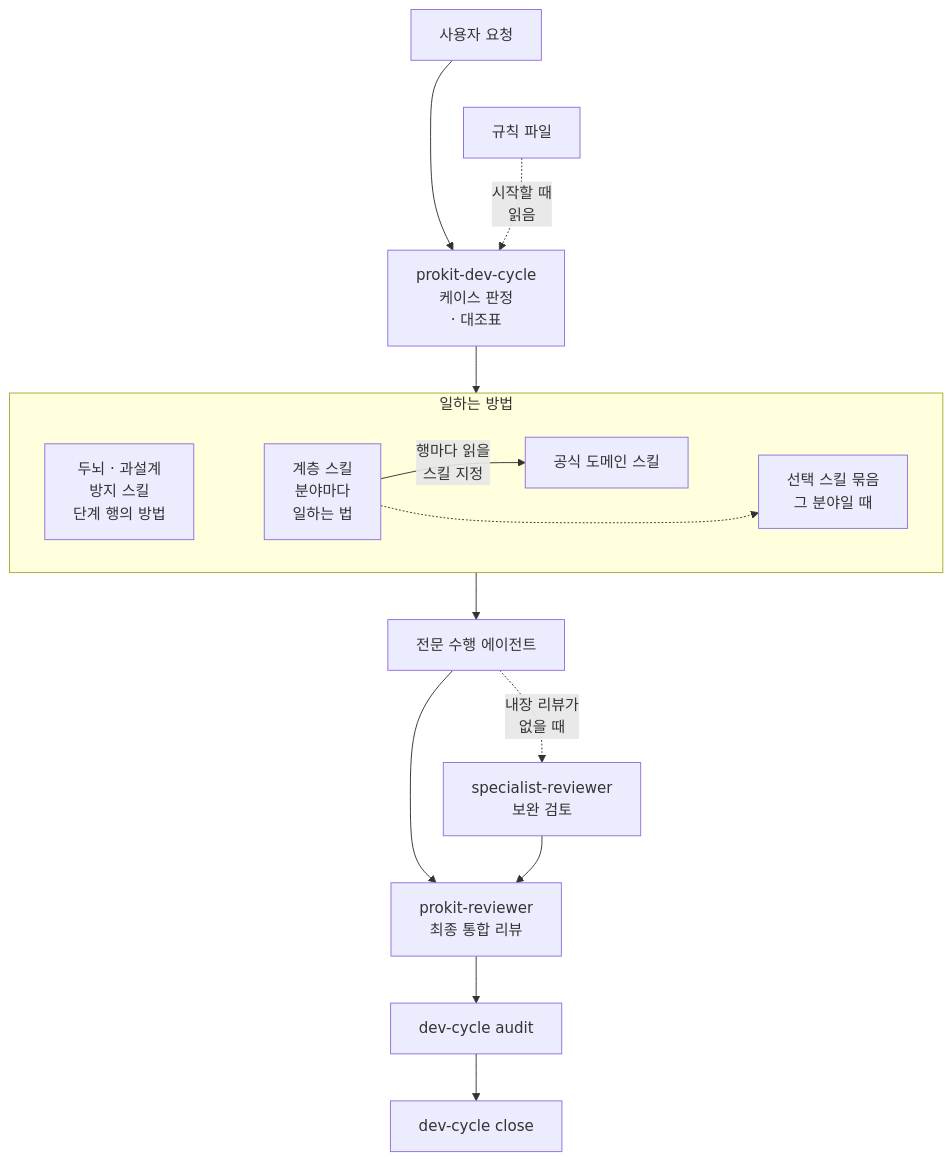
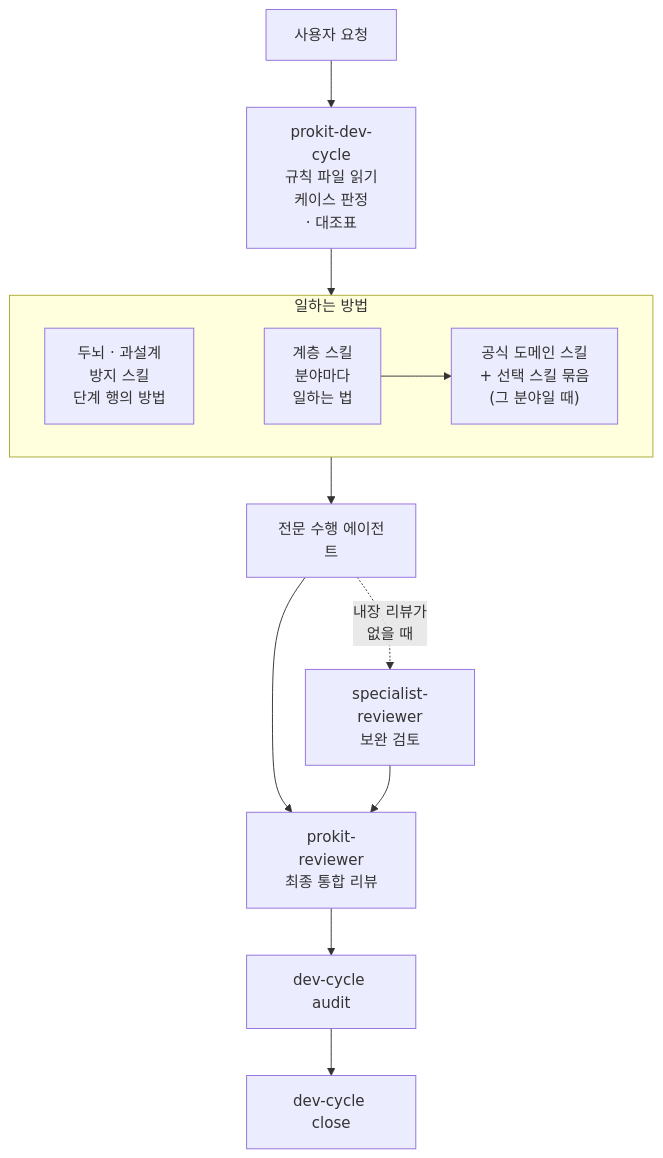
One commit to roadkwon-ai/pro-kit changed the diagram in handbook/concepts/harness.md. Above: the diagram before and after it, drawn with Mermaid. The commit also changed other lines of this file and 50 other files, not shown here.

````diff
--- a/handbook/concepts/harness.md
+++ b/handbook/concepts/harness.md
@@ -48,24 +48,22 @@
 ```mermaid
 ---
 config:
   flowchart:
-    wrappingWidth: 150
+    wrappingWidth: 120
 ---
 flowchart TB
-  REQ["사용자 요청"] --> DC["prokit-dev-cycle<br/>케이스 판정<br/>· 대조표"]
-  RULES["규칙 파일"] -.->|"시작할 때<br/>읽음"| DC
-  REQ ~~~ RULES
+  accTitle: 하네스 구성
+  accDescr: 사용자 요청은 dev-cycle 스킬이 케이스를 판정하며 시작하고, 규칙 파일은 시작할 때 읽혀요. 일하는 방법 스킬을 읽은 전문 수행 에이전트가 일하고, 점선은 내장 리뷰가 없을 때만 거치는 보완 검토예요. 최종 리뷰 뒤 audit과 close로 끝나요.
+  REQ["사용자 요청"] --> DC["prokit-dev-cycle<br/>규칙 파일 읽기<br/>케이스 판정<br/>· 대조표"]
   DC --> G
   subgraph G["일하는 방법"]
     PROC["두뇌 · 과설계<br/>방지 스킬<br/>단계 행의 방법"] ~~~ LAYER["계층 스킬<br/>분야마다<br/>일하는 법"]
-    LAYER -->|"행마다 읽을<br/>스킬 지정"| OFF["공식 도메인 스킬"]
-    OFF ~~~ OPT["선택 스킬 묶음<br/>그 분야일 때"]
-    LAYER -.-> OPT
+    LAYER --> OFF["공식 도메인 스킬<br/>+ 선택 스킬 묶음<br/>(그 분야일 때)"]
   end
   G --> IMP["전문 수행 에이전트"]
   IMP -.->|"내장 리뷰가<br/>없을 때"| SREV["specialist-reviewer<br/>보완 검토"]
   IMP --> REV["prokit-reviewer<br/>최종 통합 리뷰"]
   SREV --> REV
   REV --> AUD["dev-cycle audit"]
   AUD --> CLOSE["dev-cycle close"]
 ```
````
